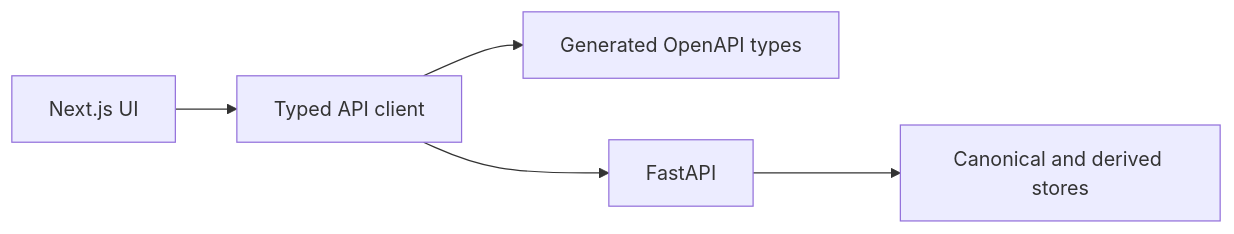
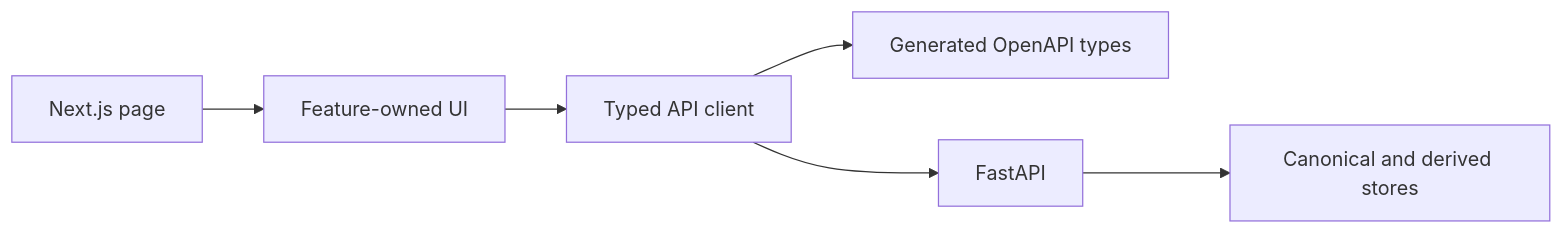
The diagram in frontend/README.md (rnkraus/investment-research), drawn with Mermaid before and after one commit. The commit also changed other lines of this file and 5 other files, not shown here.

````diff
--- a/frontend/README.md
+++ b/frontend/README.md
@@ -20,7 +21,8 @@
 ```mermaid
 flowchart LR
-    UI[Next.js UI] --> CLIENT[Typed API client]
+    PAGE[Next.js page] --> UI[Feature-owned UI]
+    UI --> CLIENT[Typed API client]
     CLIENT --> TYPES[Generated OpenAPI types]
     CLIENT --> API[FastAPI]
     API --> STORES[Canonical and derived stores]
 ```
````
